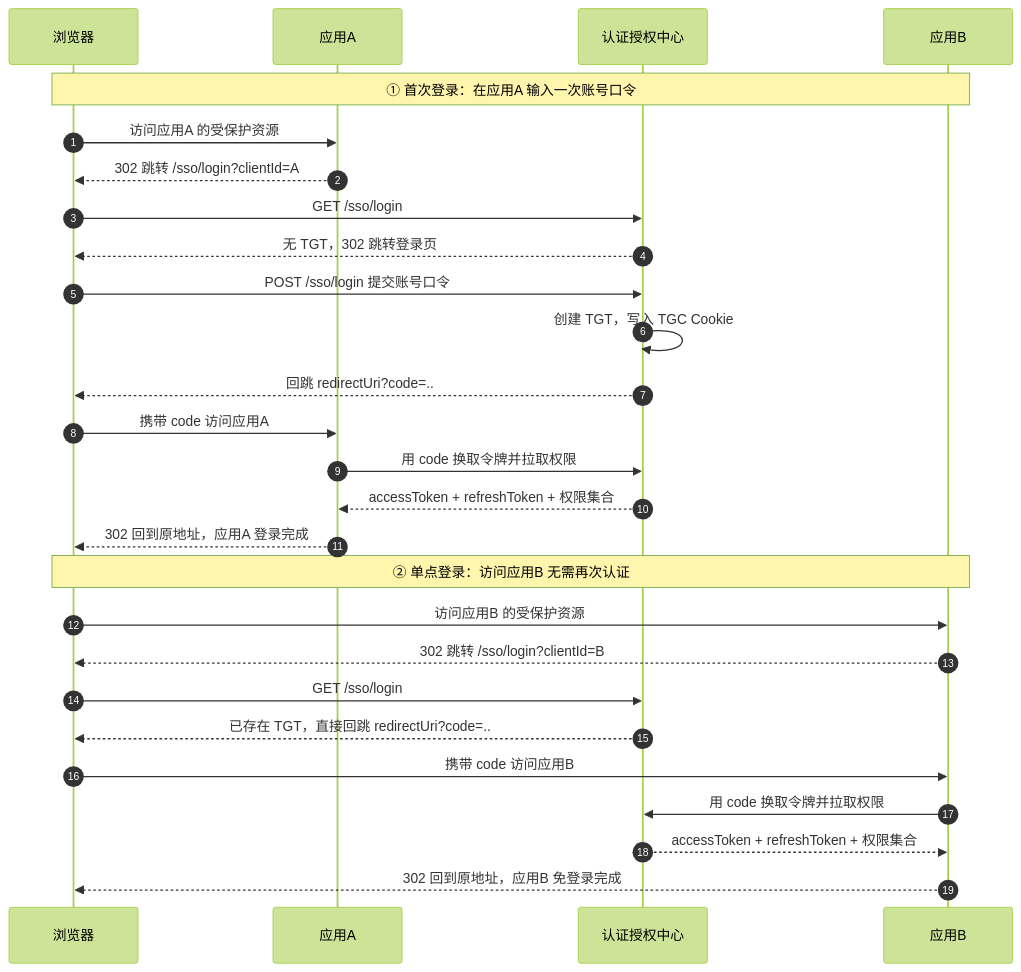
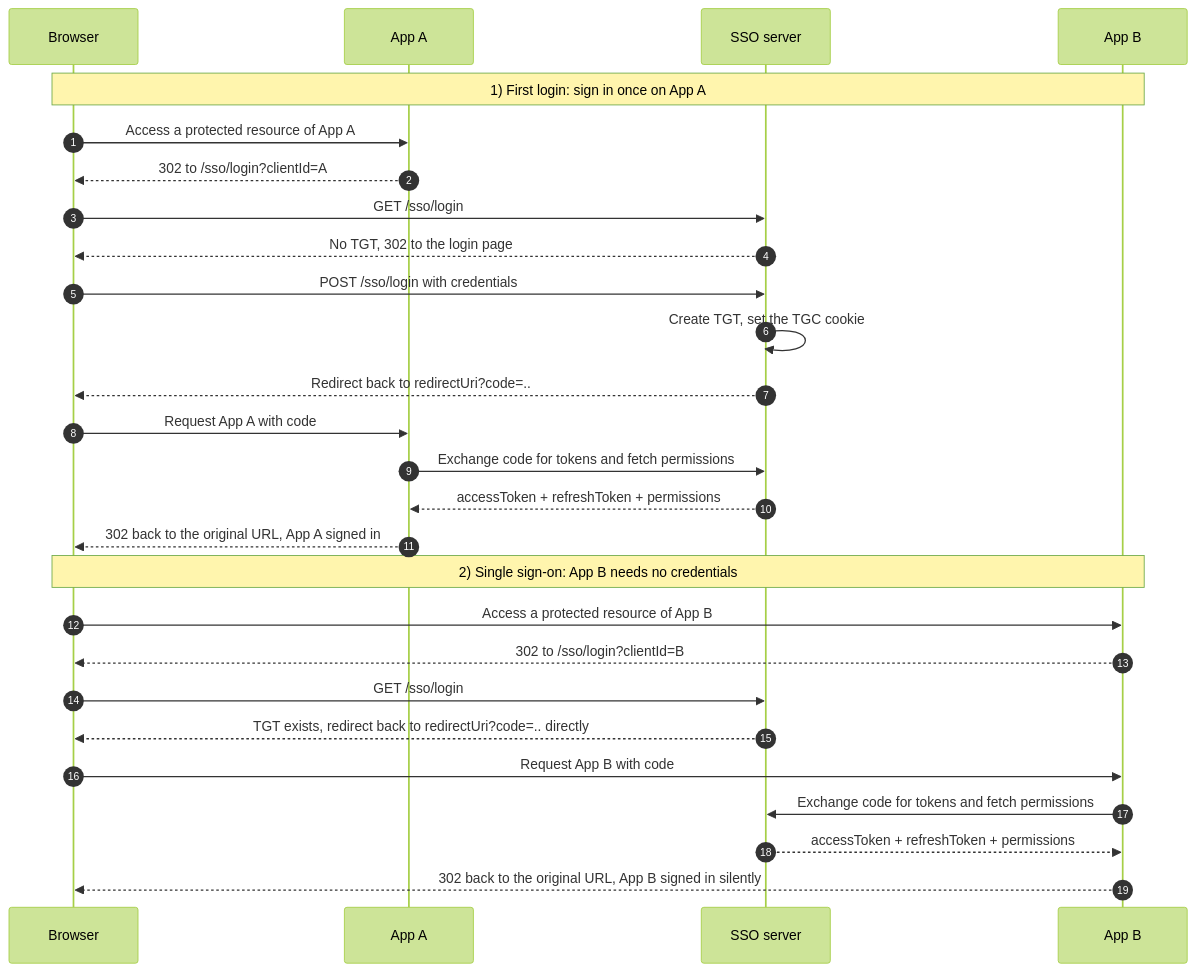
One commit to a466350665/smart-sso changed the diagram in README.md. Above: the diagram before and after it, drawn with Mermaid (forest theme). The commit also changed other lines of this file and 106 other files, not shown here.

````diff
--- a/README.md
+++ b/README.md
@@ -95,31 +96,31 @@
 ```mermaid
 sequenceDiagram
     autonumber
-    participant B as 浏览器
-    participant A as 应用A
-    participant S as 认证授权中心
-    participant X as 应用B
+    participant B as Browser
+    participant A as App A
+    participant S as SSO server
+    participant X as App B
 
-    Note over B,X: ① 首次登录：在应用A 输入一次账号口令
-    B->>A: 访问应用A 的受保护资源
-    A-->>B: 302 跳转 /sso/login?clientId=A
+    Note over B,X: 1) First login: sign in once on App A
+    B->>A: Access a protected resource of App A
+    A-->>B: 302 to /sso/login?clientId=A
     B->>S: GET /sso/login
-    S-->>B: 无 TGT，302 跳转登录页
-    B->>S: POST /sso/login 提交账号口令
-    S->>S: 创建 TGT，写入 TGC Cookie
-    S-->>B: 回跳 redirectUri?code=..
-    B->>A: 携带 code 访问应用A
-    A->>S: 用 code 换取令牌并拉取权限
-    S-->>A: accessToken + refreshToken + 权限集合
-    A-->>B: 302 回到原地址，应用A 登录完成
+    S-->>B: No TGT, 302 to the login page
+    B->>S: POST /sso/login with credentials
+    S->>S: Create TGT, set the TGC cookie
+    S-->>B: Redirect back to redirectUri?code=..
+    B->>A: Request App A with code
+    A->>S: Exchange code for tokens and fetch permissions
+    S-->>A: accessToken + refreshToken + permissions
+    A-->>B: 302 back to the original URL, App A signed in
 
-    Note over B,X: ② 单点登录：访问应用B 无需再次认证
-    B->>X: 访问应用B 的受保护资源
-    X-->>B: 302 跳转 /sso/login?clientId=B
+    Note over B,X: 2) Single sign-on: App B needs no credentials
+    B->>X: Access a protected resource of App B
+    X-->>B: 302 to /sso/login?clientId=B
     B->>S: GET /sso/login
-    S-->>B: 已存在 TGT，直接回跳 redirectUri?code=..
-    B->>X: 携带 code 访问应用B
-    X->>S: 用 code 换取令牌并拉取权限
-    S-->>X: accessToken + refreshToken + 权限集合
-    X-->>B: 302 回到原地址，应用B 免登录完成
+    S-->>B: TGT exists, redirect back to redirectUri?code=.. directly
+    B->>X: Request App B with code
+    X->>S: Exchange code for tokens and fetch permissions
+    S-->>X: accessToken + refreshToken + permissions
+    X-->>B: 302 back to the original URL, App B signed in silently
 ```
````
